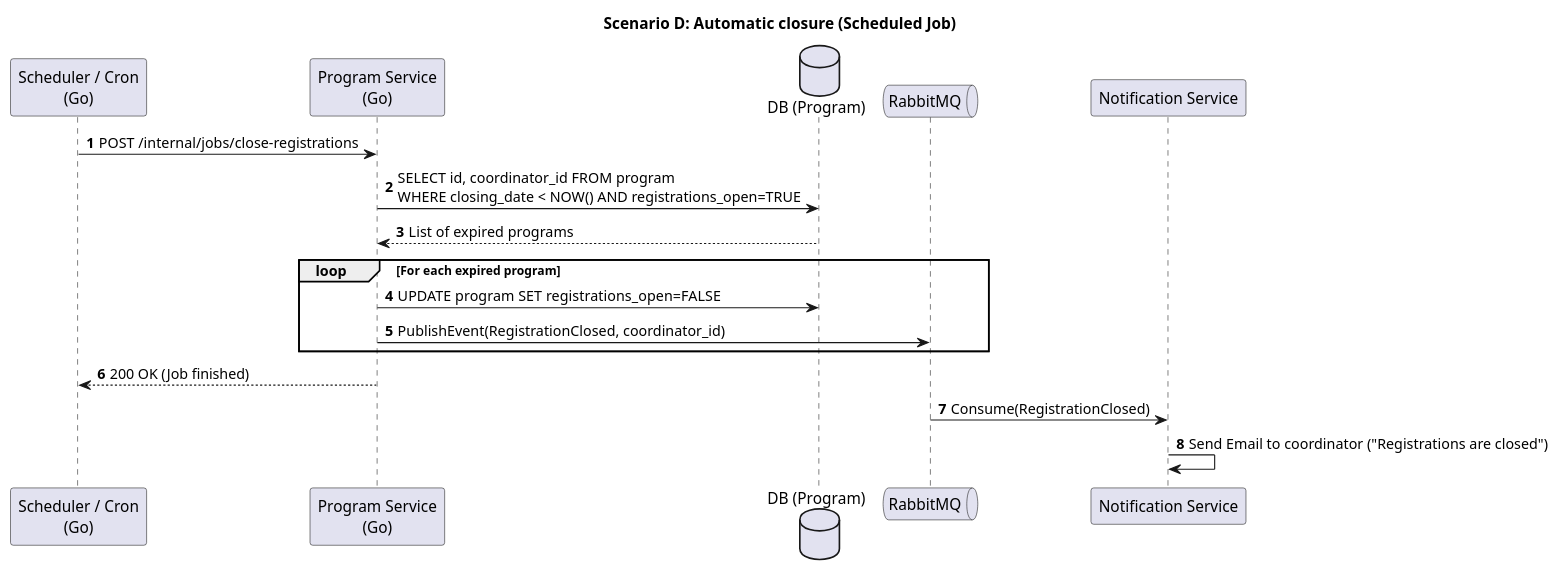
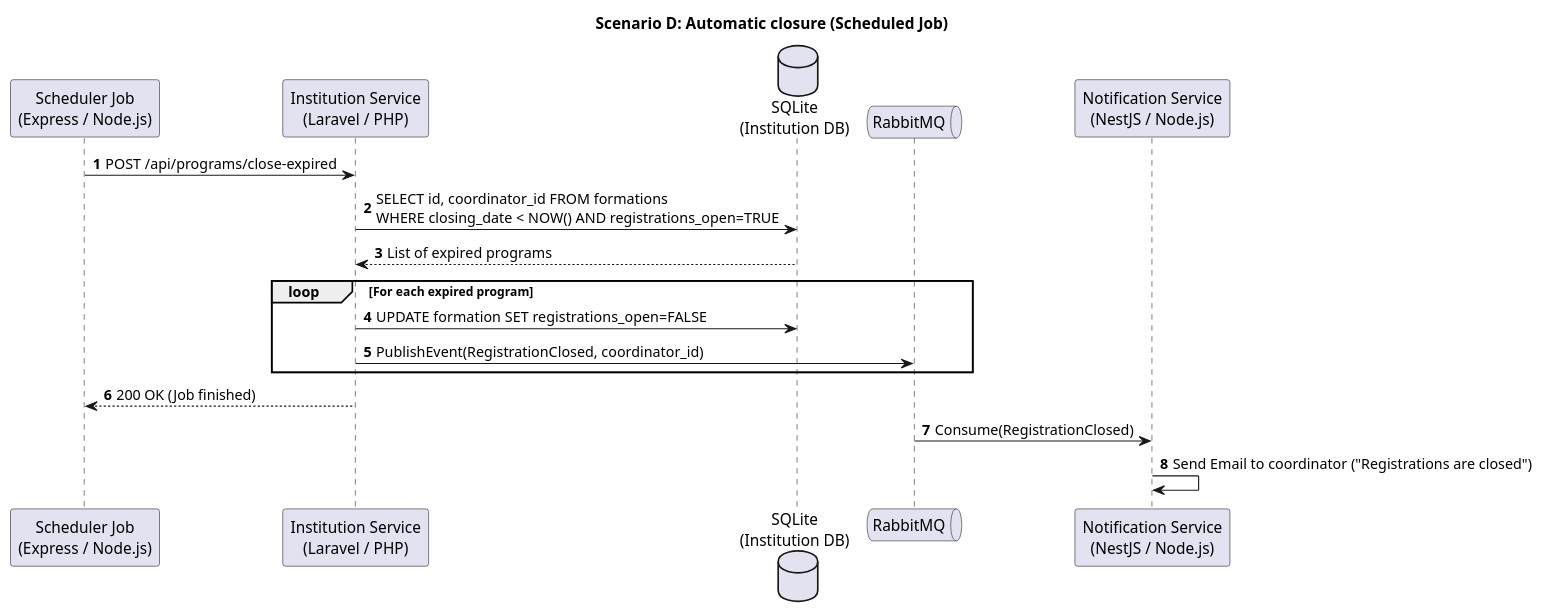
The fourth of 4 diagrams in docs/3_sequence_diagrams.puml (aminemanssouri/FST-CFC), drawn with PlantUML before and after one commit. The commit also changed other lines of this file and 8 other files, not shown here.

Commit message:
docs: Add system diagrams including sequence, state, activity, class, and use cases.

```diff
--- a/docs/3_sequence_diagrams.puml
+++ b/docs/3_sequence_diagrams.puml
@@ -86,24 +92,24 @@
 @startuml
 title Scenario D: Automatic closure (Scheduled Job)
 autonumber
 
-participant "Scheduler / Cron\n(Go)" as Cron
-participant "Program Service\n(Go)" as Prog
-database "DB (Program)" as DB
+participant "Scheduler Job\n(Express / Node.js)" as Cron
+participant "Institution Service\n(Laravel / PHP)" as Inst
+database "SQLite\n(Institution DB)" as DB
 queue "RabbitMQ" as Bus
-participant "Notification Service" as Notif
+participant "Notification Service\n(NestJS / Node.js)" as Notif
 
-Cron -> Prog : POST /internal/jobs/close-registrations
-Prog -> DB : SELECT id, coordinator_id FROM program \nWHERE closing_date < NOW() AND registrations_open=TRUE
-DB --> Prog : List of expired programs
+Cron -> Inst : POST /api/programs/close-expired
+Inst -> DB : SELECT id, coordinator_id FROM formations \nWHERE closing_date < NOW() AND registrations_open=TRUE
+DB --> Inst : List of expired programs
 
 loop For each expired program
-    Prog -> DB : UPDATE program SET registrations_open=FALSE
-    Prog -> Bus : PublishEvent(RegistrationClosed, coordinator_id)
+    Inst -> DB : UPDATE formation SET registrations_open=FALSE
+    Inst -> Bus : PublishEvent(RegistrationClosed, coordinator_id)
 end
 
-Prog --> Cron : 200 OK (Job finished)
+Inst --> Cron : 200 OK (Job finished)
 
 Bus -> Notif : Consume(RegistrationClosed)
 Notif -> Notif : Send Email to coordinator ("Registrations are closed")
 @enduml
```
